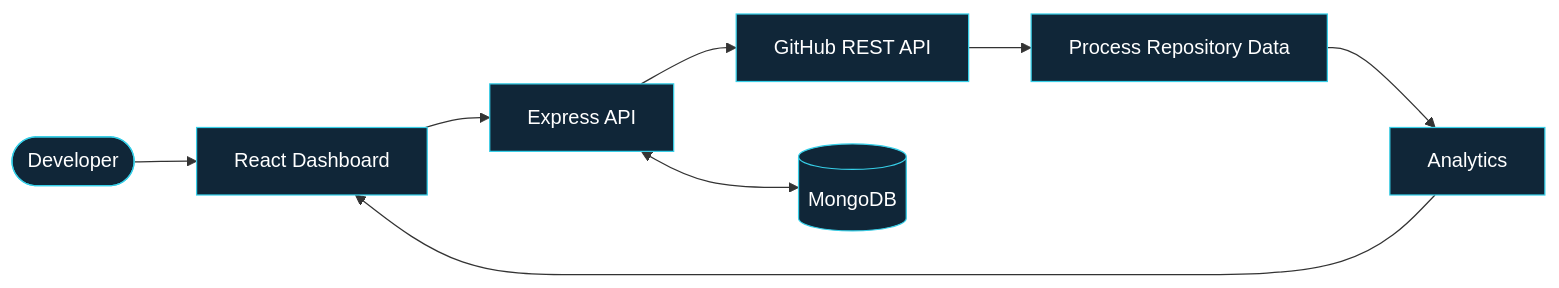
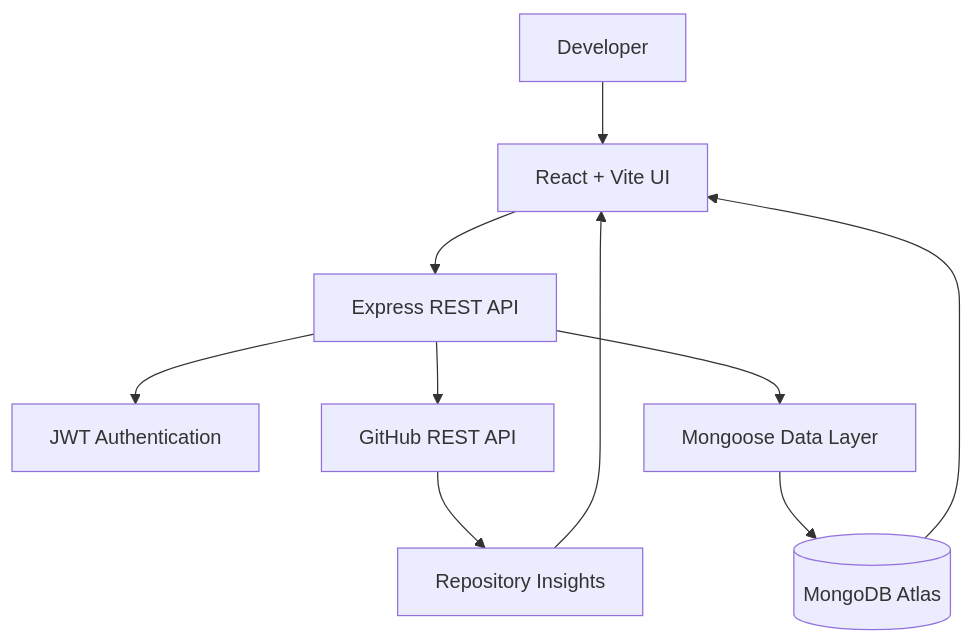
Before and after one commit to Priyanka170974/Priyanka170974: the diagram in README.md, drawn with Mermaid. The commit also changed other lines of this file, not shown here.

````diff
--- a/README.md
+++ b/README.md
@@ -44,18 +88,12 @@
 ```mermaid
-flowchart LR
-    A([Developer]) --> B[React Dashboard]
-    B --> C[Express API]
-    C --> D[GitHub REST API]
-    C <--> E[(MongoDB)]
-    D --> F[Process Repository Data]
-    F --> G[Analytics]
+flowchart TD
+    A[Developer] --> B[React + Vite UI]
+    B --> C[Express REST API]
+    C --> D[JWT Authentication]
+    C --> E[GitHub REST API]
+    C --> F[Mongoose Data Layer]
+    F --> G[(MongoDB Atlas)]
+    E --> H[Repository Insights]
+    H --> B
     G --> B
-
-    style A fill:#102638,stroke:#36CFE8,color:#FFFFFF
-    style B fill:#102638,stroke:#36CFE8,color:#FFFFFF
-    style C fill:#102638,stroke:#36CFE8,color:#FFFFFF
-    style D fill:#102638,stroke:#36CFE8,color:#FFFFFF
-    style E fill:#102638,stroke:#36CFE8,color:#FFFFFF
-    style F fill:#102638,stroke:#36CFE8,color:#FFFFFF
-    style G fill:#102638,stroke:#36CFE8,color:#FFFFFF
 ```
````
